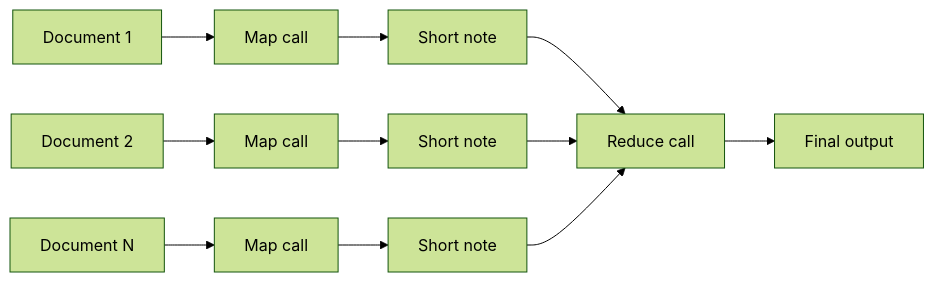
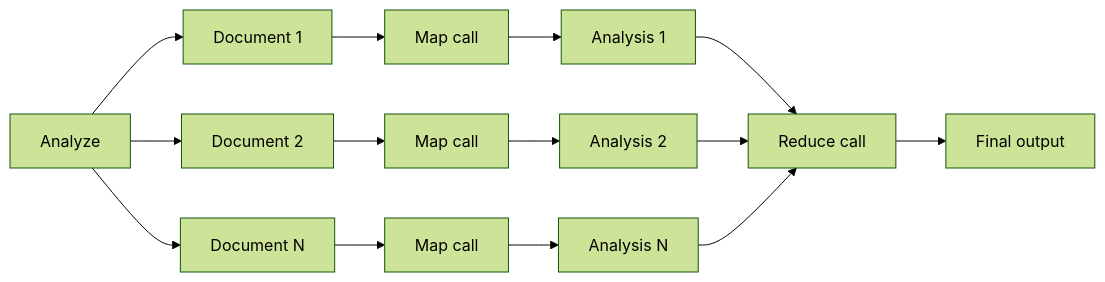
Before and after one commit to bernard357/boringsteps: the first of 2 diagrams in documentation/map-reduce-in-an-agent-skill.md, drawn with Mermaid (forest theme). The commit also changed other lines of this file and 2 other files, not shown here.

````diff
--- a/documentation/map-reduce-in-an-agent-skill.md
+++ b/documentation/map-reduce-in-an-agent-skill.md
@@ -20,13 +22,16 @@
 ```mermaid
 flowchart LR
+    Analyze --> D1
+    Analyze --> D2
+    Analyze --> D3
     D1[Document 1] --> M1[Map call]
     D2[Document 2] --> M2[Map call]
     D3[Document N] --> M3[Map call]
-    M1 --> N1[Short note]
-    M2 --> N2[Short note]
-    M3 --> N3[Short note]
+    M1 --> N1[Analysis 1]
+    M2 --> N2[Analysis 2]
+    M3 --> N3[Analysis N]
     N1 --> R[Reduce call]
     N2 --> R
     N3 --> R
     R --> O[Final output]
 ```
````
